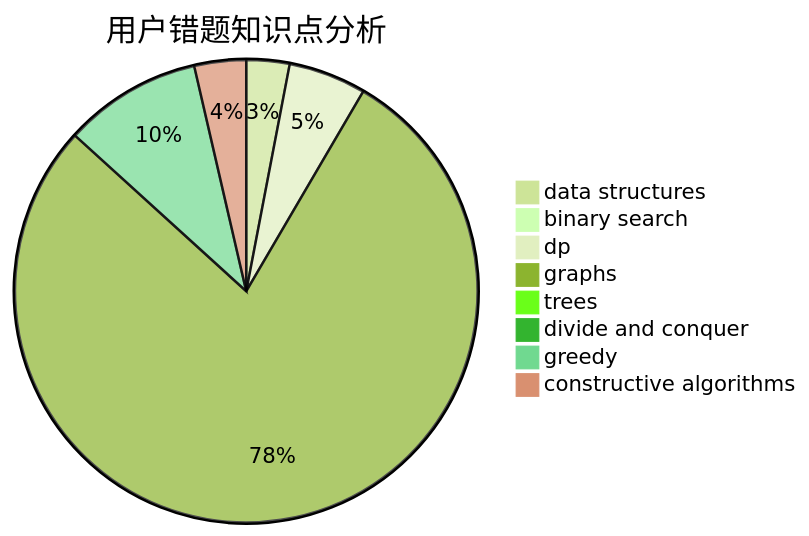
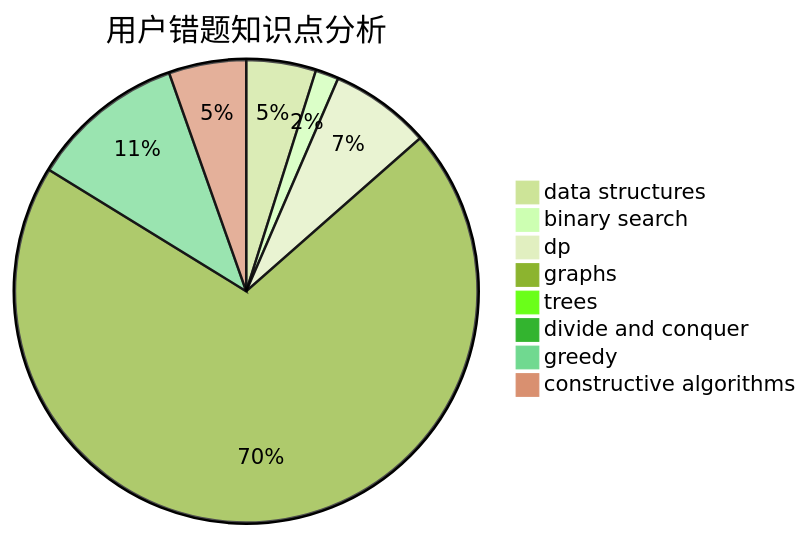
One commit to sherpahu/cfrs.github.io changed the third of 3 diagrams in docs/user/u1645.md. Above: the diagram before and after it, drawn with Mermaid (forest theme). The commit also changed other lines of this file and 2770 other files, not shown here.

````diff
--- a/docs/user/u1645.md
+++ b/docs/user/u1645.md
@@ -36,11 +36,11 @@
 ```mermaid
 pie title 用户错题知识点分析
-    "data structures" :  5
-    "binary search" :  0
-    "dp" :  9
+    "data structures" :  9
+    "binary search" :  3
+    "dp" :  13
     "graphs" :  130
     "trees" :  0
     "divide and conquer" :  0
-    "greedy" :  16
-    "constructive algorithms" :  6
+    "greedy" :  20
+    "constructive algorithms" :  10
 ```
````
